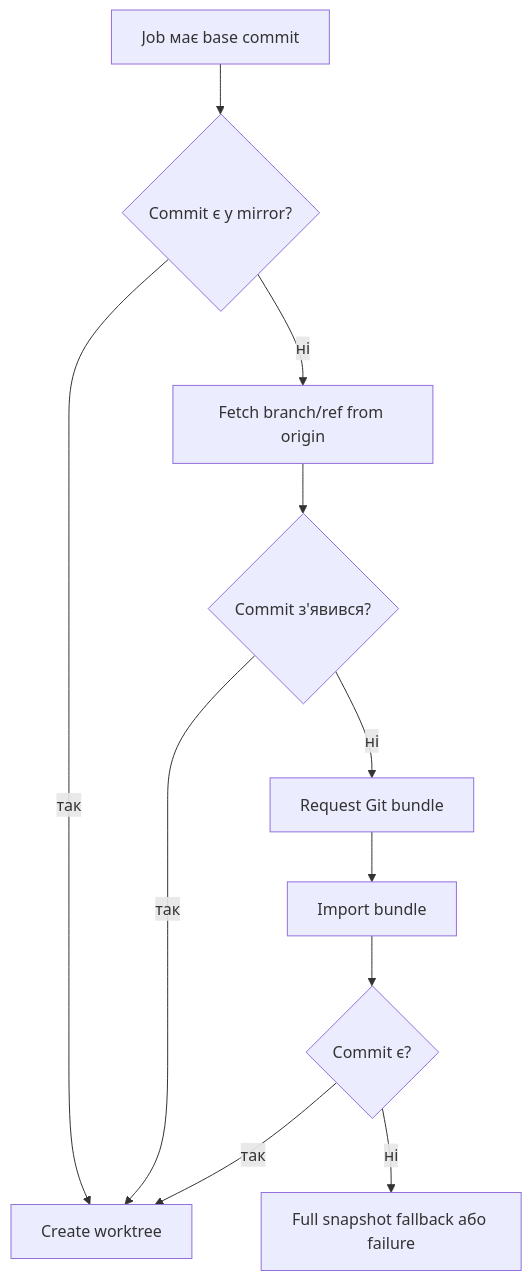
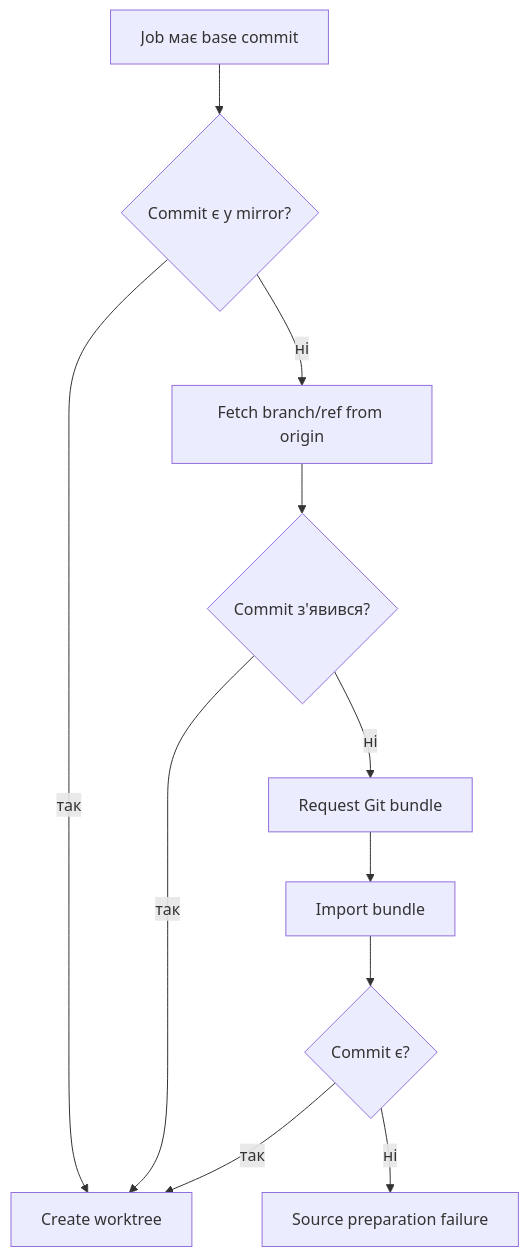
Before and after one commit to kuzyasun/remote-build-orchestrator: the second of 4 diagrams in remote-build-orchestrator-design.md, drawn with Mermaid. The commit also changed other lines of this file and 145 other files, not shown here.

````diff
--- a/remote-build-orchestrator-design.md
+++ b/remote-build-orchestrator-design.md
@@ -798,13 +798,13 @@
 ```mermaid
 flowchart TD
     A[Job має base commit] --> B{Commit є у mirror?}
     B -->|так| W[Create worktree]
     B -->|ні| F[Fetch branch/ref from origin]
     F --> C{Commit з'явився?}
     C -->|так| W
     C -->|ні| R[Request Git bundle]
     R --> I[Import bundle]
     I --> D{Commit є?}
     D -->|так| W
-    D -->|ні| X[Full snapshot fallback або failure]
+    D -->|ні| X[Source preparation failure]
 ```
````
